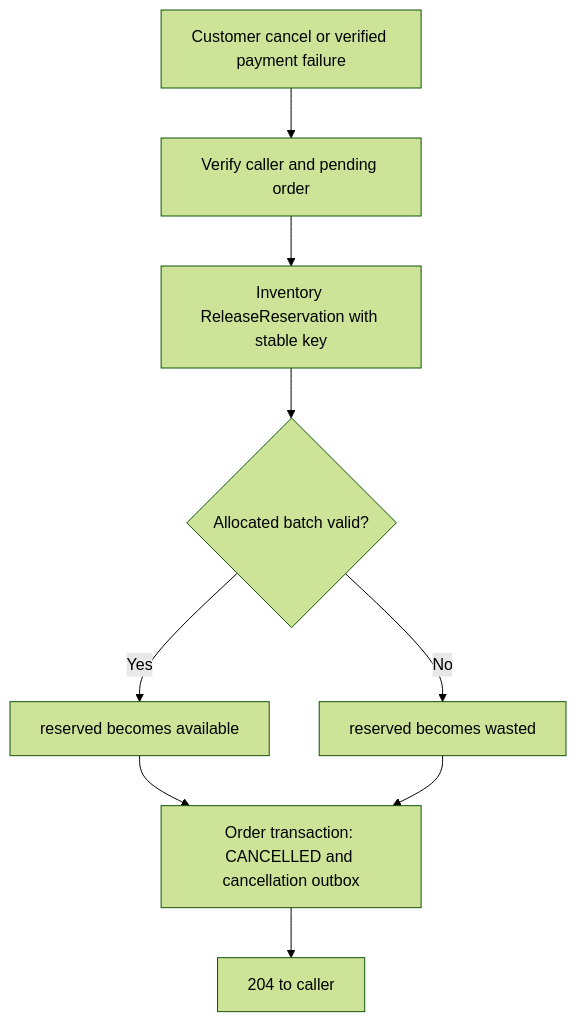
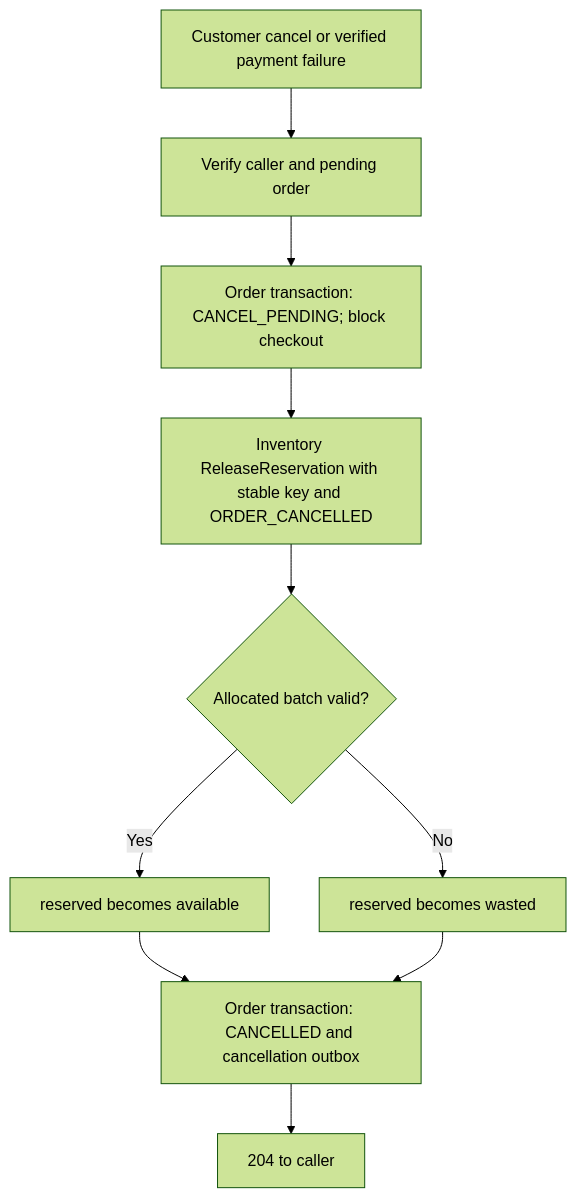
The second of 2 diagrams in docs/architecture/order-checkout.md (PhoengZ/backend-gelato-management), drawn with Mermaid (forest theme) before and after one commit. The commit also changed other lines of this file and 15 other files, not shown here.

````diff
--- a/docs/architecture/order-checkout.md
+++ b/docs/architecture/order-checkout.md
@@ -94,11 +116,12 @@
 ```mermaid
 flowchart TD
     Request["Customer cancel or verified payment failure"] --> Check["Verify caller and pending order"]
-    Check --> Release["Inventory ReleaseReservation with stable key"]
+    Check --> Claim["Order transaction: CANCEL_PENDING; block checkout"]
+    Claim --> Release["Inventory ReleaseReservation with stable key and ORDER_CANCELLED"]
     Release --> Valid{"Allocated batch valid?"}
     Valid -->|"Yes"| Available["reserved becomes available"]
     Valid -->|"No"| Waste["reserved becomes wasted"]
     Available --> Commit["Order transaction: CANCELLED and cancellation outbox"]
     Waste --> Commit
     Commit --> Done["204 to caller"]
 ```
````
